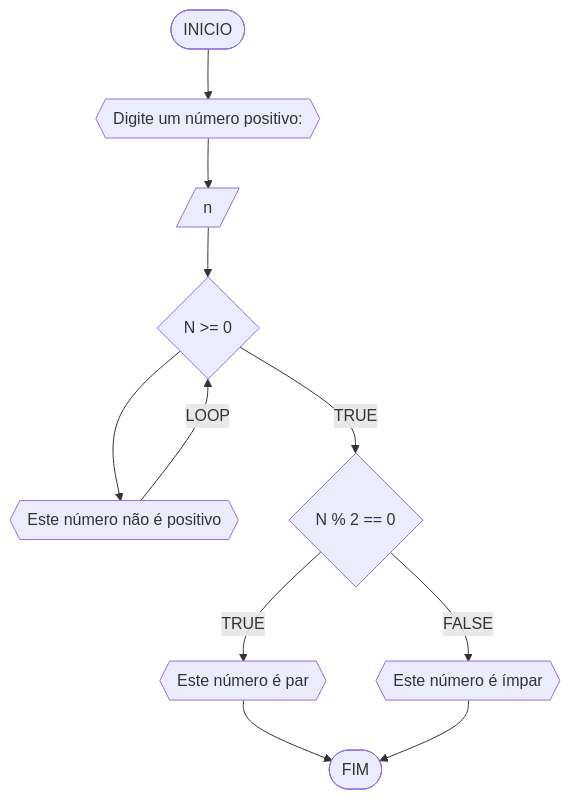
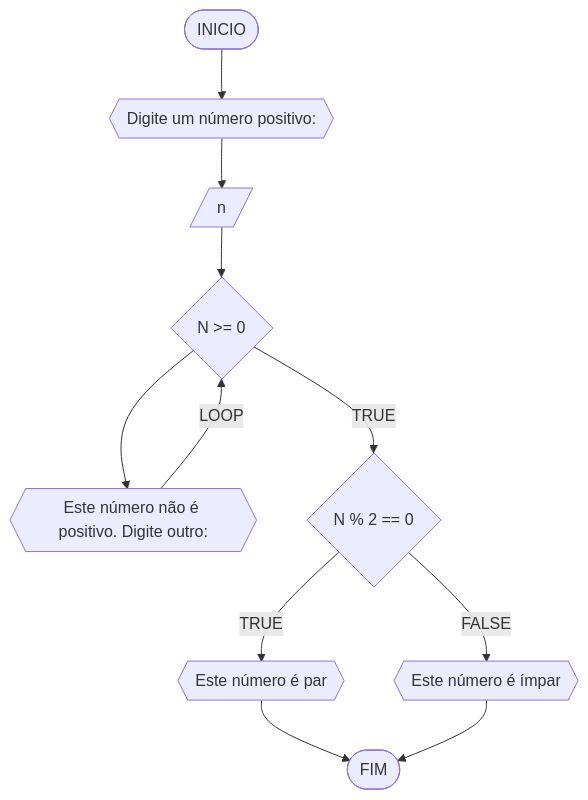
The third of 6 diagrams in RLA/unidade1/lista3.md (Gabriel0225/unifor), drawn with Mermaid before and after one commit.

````diff
--- a/RLA/unidade1/lista3.md
+++ b/RLA/unidade1/lista3.md
@@ -103,6 +103,6 @@
 ```mermaid
 flowchart TD
-A([INICIO]) --> B{{Digite um número positivo: }} --> C[/n/] --> D{N >= 0} --> I{{Este número não é positivo}} --LOOP-->D
+A([INICIO]) --> B{{Digite um número positivo: }} --> C[/n/] --> D{N >= 0} --> I{{Este número não é positivo. Digite outro: }} --LOOP-->D
 D --TRUE--> E{N % 2 == 0} --TRUE--> F{{Este número é par}} --> H([FIM]) 
 E --FALSE--> G{{Este número é ímpar}} --> H
 ```
````
